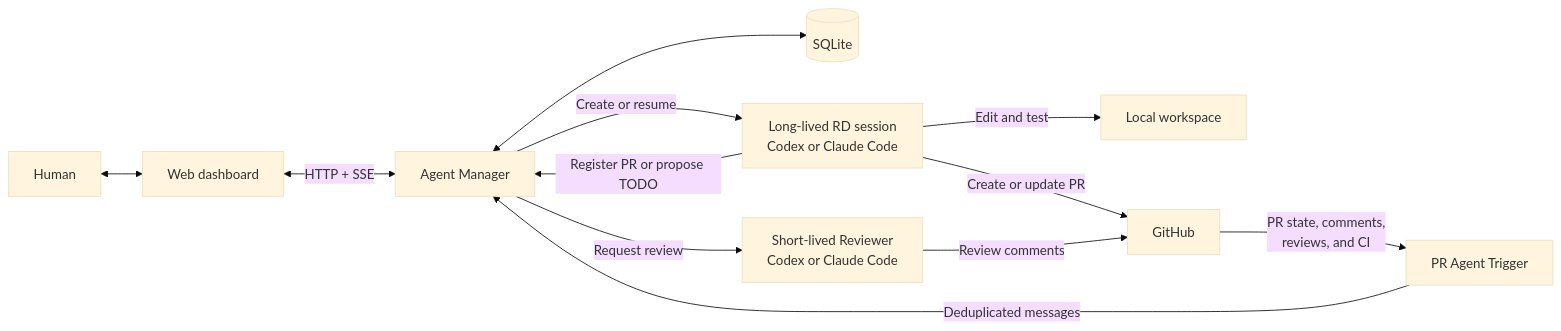
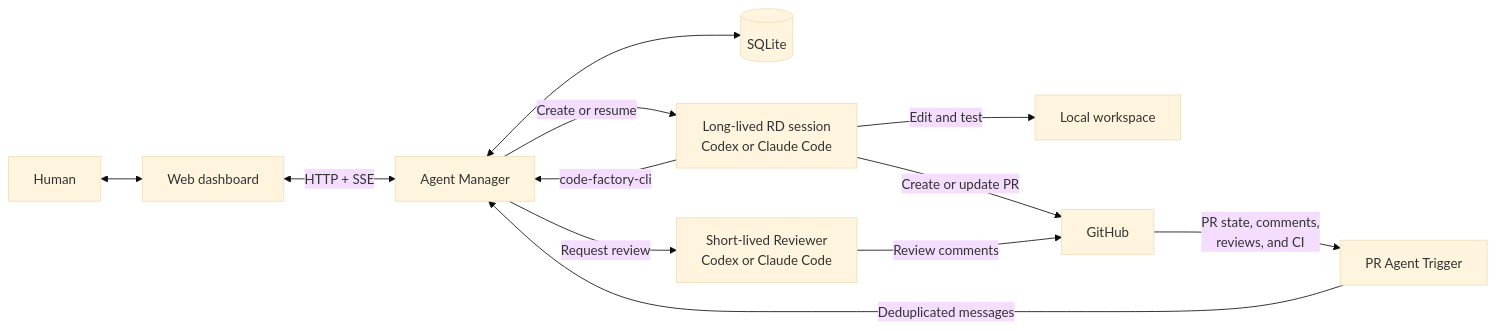
Before and after one commit to luohaha/code-factory: the diagram in README.md, drawn with Mermaid (base theme). The commit also changed other lines of this file and 18 other files, not shown here.

```diff
--- a/README.md
+++ b/README.md
@@ -112,14 +112,14 @@
 ~~~mermaid
 flowchart LR
   H[Human] <--> W[Web dashboard]
   W <-->|HTTP + SSE| M[Agent Manager]
   M <--> DB[(SQLite)]
   M -->|Create or resume| RD[Long-lived RD session<br/>Codex or Claude Code]
   M -->|Request review| RV[Short-lived Reviewer<br/>Codex or Claude Code]
   RD -->|Edit and test| WS[Local workspace]
   RD -->|Create or update PR| GH[GitHub]
-  RD -->|Register PR or propose TODO| M
+  RD -->|code-factory-cli| M
   RV -->|Review comments| GH
   GH -->|PR state, comments,<br/>reviews, and CI| T[PR Agent Trigger]
   T -->|Deduplicated messages| M
 ~~~
```
